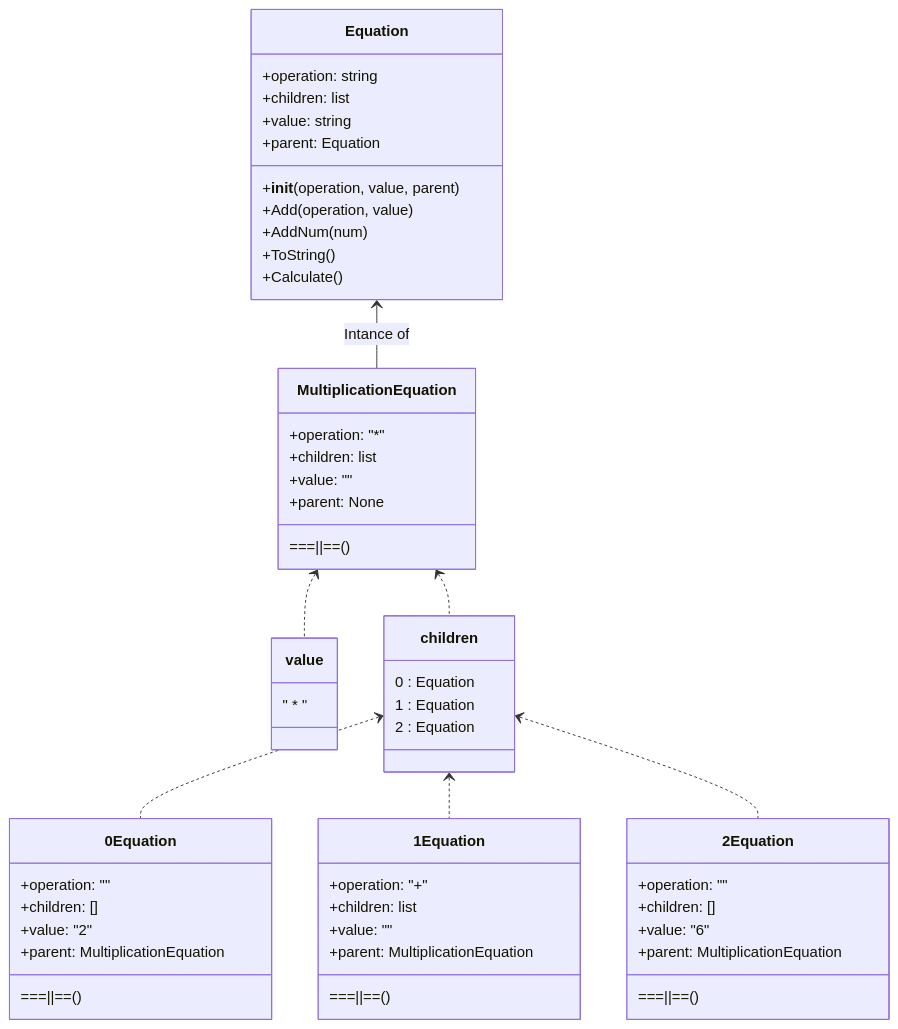
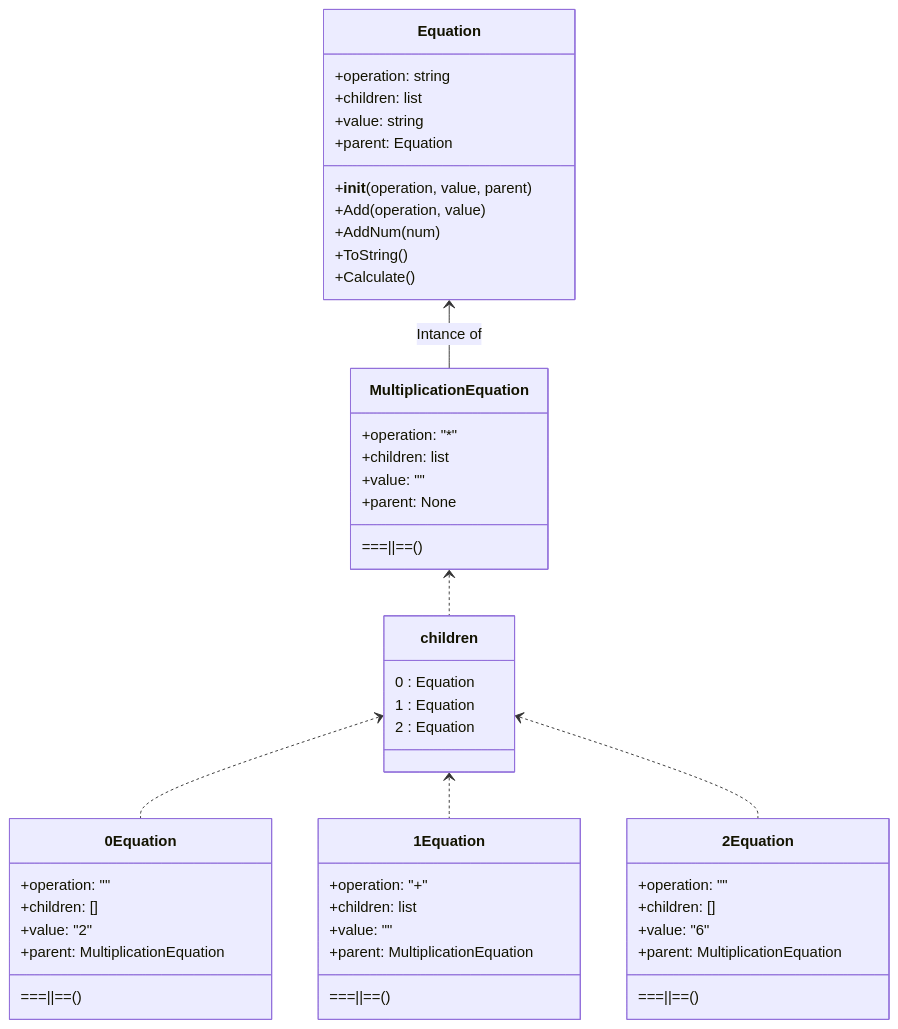
One commit to BapllStar/Programmering-B changed the diagram in Learning-Application/README.md. Above: the diagram before and after it, drawn with Mermaid.

Commit message:
Learning-Application/README.md updated from https://stackedit.io/

````diff
--- a/Learning-Application/README.md
+++ b/Learning-Application/README.md
@@ -128,57 +128,53 @@
 ```mermaid
 classDiagram
     class Equation {
         +operation: string
         +children: list<Equation>
         +value: string
         +parent: Equation
         +__init__(operation, value, parent)
         +Add(operation, value)
         +AddNum(num)
         +ToString()
         +Calculate()
     }
 	class MultiplicationEquation{
 		+operation: "*"
         +children: list<Equation>
         +value: ""
         +parent: None
         ===||==()
-	}
-	class value{
-	" * "
 	}
 	class children{
 		0 : Equation
 		1 : Equation
 		2 : Equation
 	}
 	class 0Equation{
 		+operation: ""
         +children: []
         +value: "2"
         +parent: MultiplicationEquation
         ===||==()
 	}
 	class 1Equation{
 		+operation: "+"
         +children: list<Equation>
         +value: ""
         +parent: MultiplicationEquation
         ===||==()
 	}
 	class 2Equation{
 		+operation: ""
         +children: []
         +value: "6"
         +parent: MultiplicationEquation
         ===||==()
 	}
 	Equation <-- MultiplicationEquation : Intance of
-	MultiplicationEquation <.. value
 	MultiplicationEquation <.. children
 	children <.. 0Equation
 	children <.. 1Equation
 	children <.. 2Equation
 	
 ```
````
